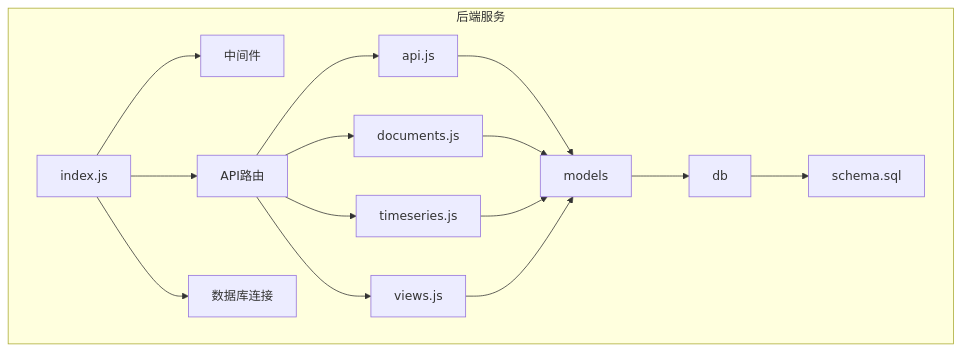
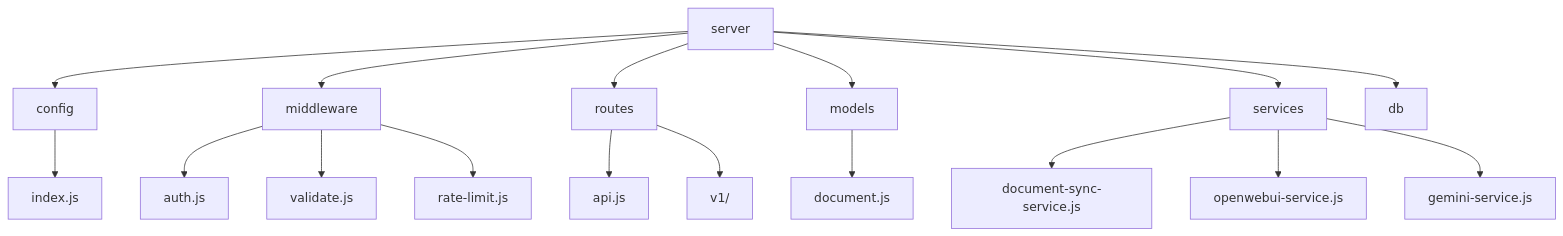
Before and after one commit to ideeinfo/TwinSight: the first of 6 diagrams in .qoder/repowiki/zh/content/后端架构/后端架构.md, drawn with Mermaid. The commit also changed other lines of this file and 227 other files, not shown here.

````diff
--- a/.qoder/repowiki/zh/content/后端架构/后端架构.md
+++ b/.qoder/repowiki/zh/content/后端架构/后端架构.md
@@ -36,18 +35,19 @@
 ```mermaid
-graph TB
-subgraph "后端服务"
-A[index.js] --> B[中间件]
-A --> C[API路由]
-A --> D[数据库连接]
-C --> E[api.js]
-C --> F[documents.js]
-C --> G[timeseries.js]
-C --> H[views.js]
-E --> I[models]
-F --> I
-G --> I
-H --> I
-I --> J[db]
-J --> K[schema.sql]
-end
+graph TD
+A[server] --> B[config]
+A --> C[middleware]
+A --> D[routes]
+A --> E[models]
+A --> F[services]
+A --> G[db]
+B --> H[index.js]
+C --> I[auth.js]
+C --> J[validate.js]
+C --> K[rate-limit.js]
+D --> L[api.js]
+D --> M[v1/]
+E --> N[document.js]
+F --> O[document-sync-service.js]
+F --> P[openwebui-service.js]
+F --> Q[gemini-service.js]
 ```
````
